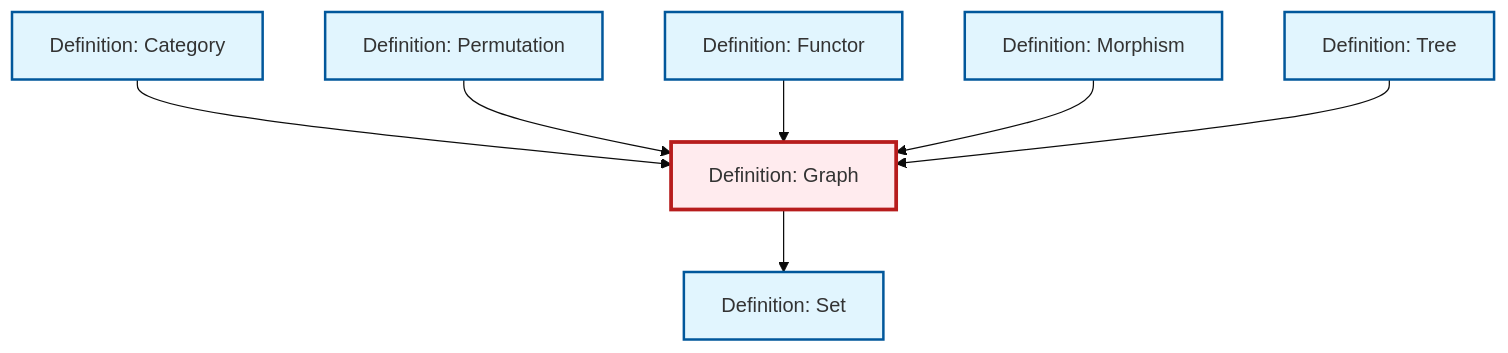
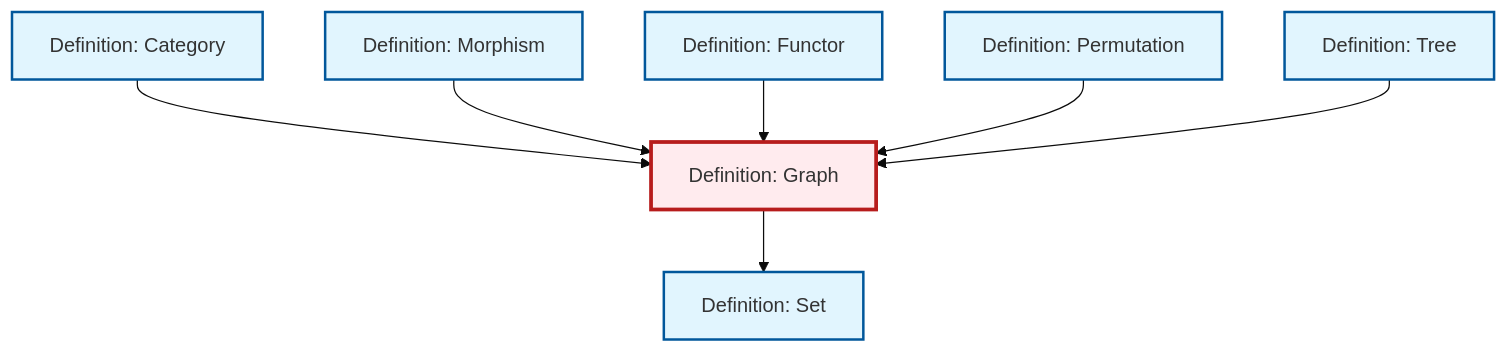
The diagram in content/en/combinatorics/def-graph.qmd (RK0429/ModernMath), drawn with Mermaid (base theme) before and after one commit. The commit also changed other lines of this file and 1069 other files, not shown here.

````diff
--- a/content/en/combinatorics/def-graph.qmd
+++ b/content/en/combinatorics/def-graph.qmd
@@ -93,29 +93,29 @@
 ```{mermaid}
 %%| fig-cap: "Local dependency graph"
 graph TD
     classDef definition fill:#e1f5fe,stroke:#01579b,stroke-width:2px
     classDef theorem fill:#f3e5f5,stroke:#4a148c,stroke-width:2px
     classDef axiom fill:#fff3e0,stroke:#e65100,stroke-width:2px
     classDef example fill:#e8f5e9,stroke:#1b5e20,stroke-width:2px
     classDef current fill:#ffebee,stroke:#b71c1c,stroke-width:3px
+    def-category["Definition: Category"]:::definition
+    def-graph["Definition: Graph"]:::definition
     def-set["Definition: Set"]:::definition
     def-permutation["Definition: Permutation"]:::definition
-    def-graph["Definition: Graph"]:::definition
+    def-tree["Definition: Tree"]:::definition
+    def-morphism["Definition: Morphism"]:::definition
     def-functor["Definition: Functor"]:::definition
-    def-morphism["Definition: Morphism"]:::definition
-    def-category["Definition: Category"]:::definition
-    def-tree["Definition: Tree"]:::definition
     def-category --> def-graph
+    def-graph --> def-set
+    def-morphism --> def-graph
+    def-functor --> def-graph
     def-permutation --> def-graph
-    def-functor --> def-graph
-    def-morphism --> def-graph
     def-tree --> def-graph
-    def-graph --> def-set
     class def-graph current
+    click def-category "def-category.html" "Go to Category definition"
     click def-set "def-set.html" "Go to Set definition"
     click def-permutation "def-permutation.html" "Go to Permutation definition"
+    click def-tree "def-tree.html" "Go to Tree definition"
+    click def-morphism "def-morphism.html" "Go to Morphism definition"
     click def-functor "def-functor.html" "Go to Functor definition"
-    click def-morphism "def-morphism.html" "Go to Morphism definition"
-    click def-category "def-category.html" "Go to Category definition"
-    click def-tree "def-tree.html" "Go to Tree definition"
 ```
````
